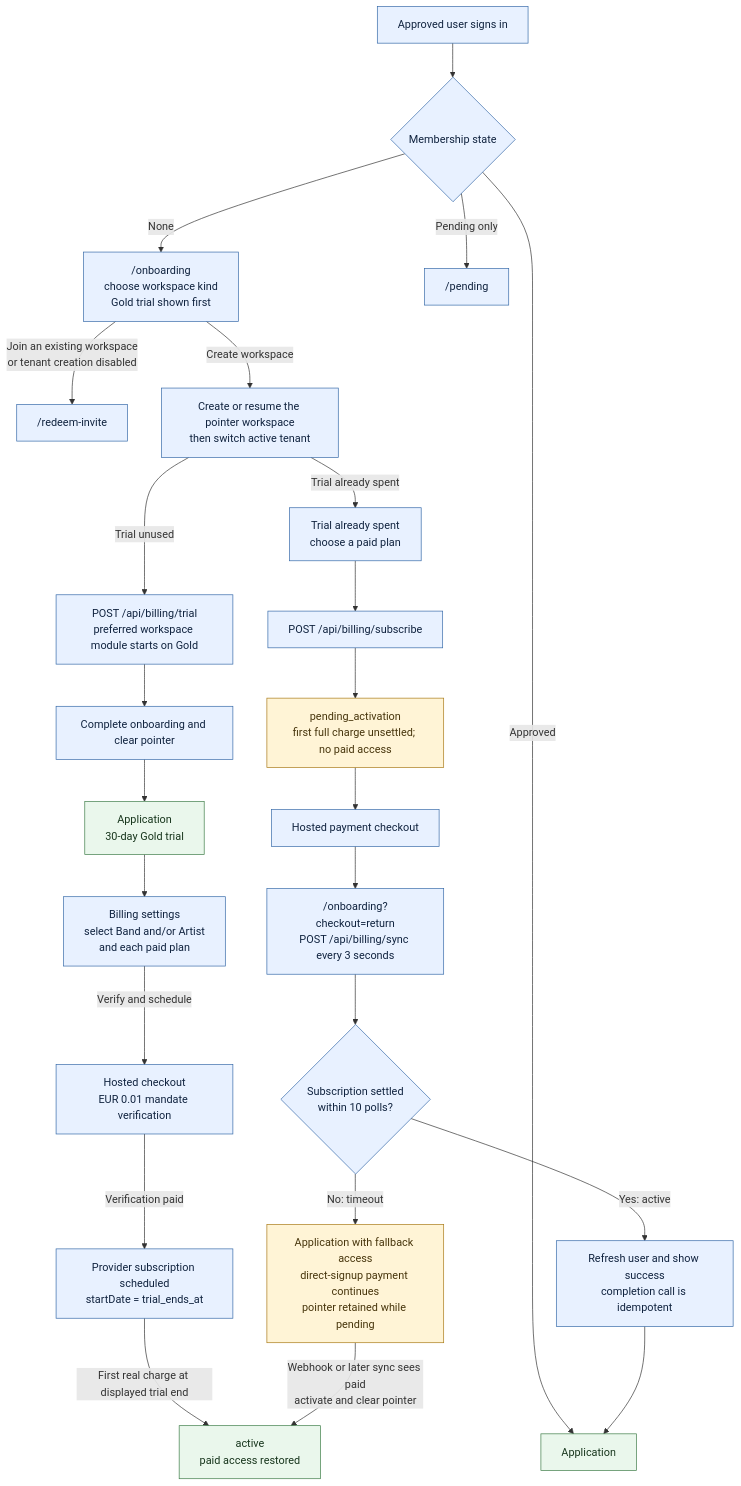
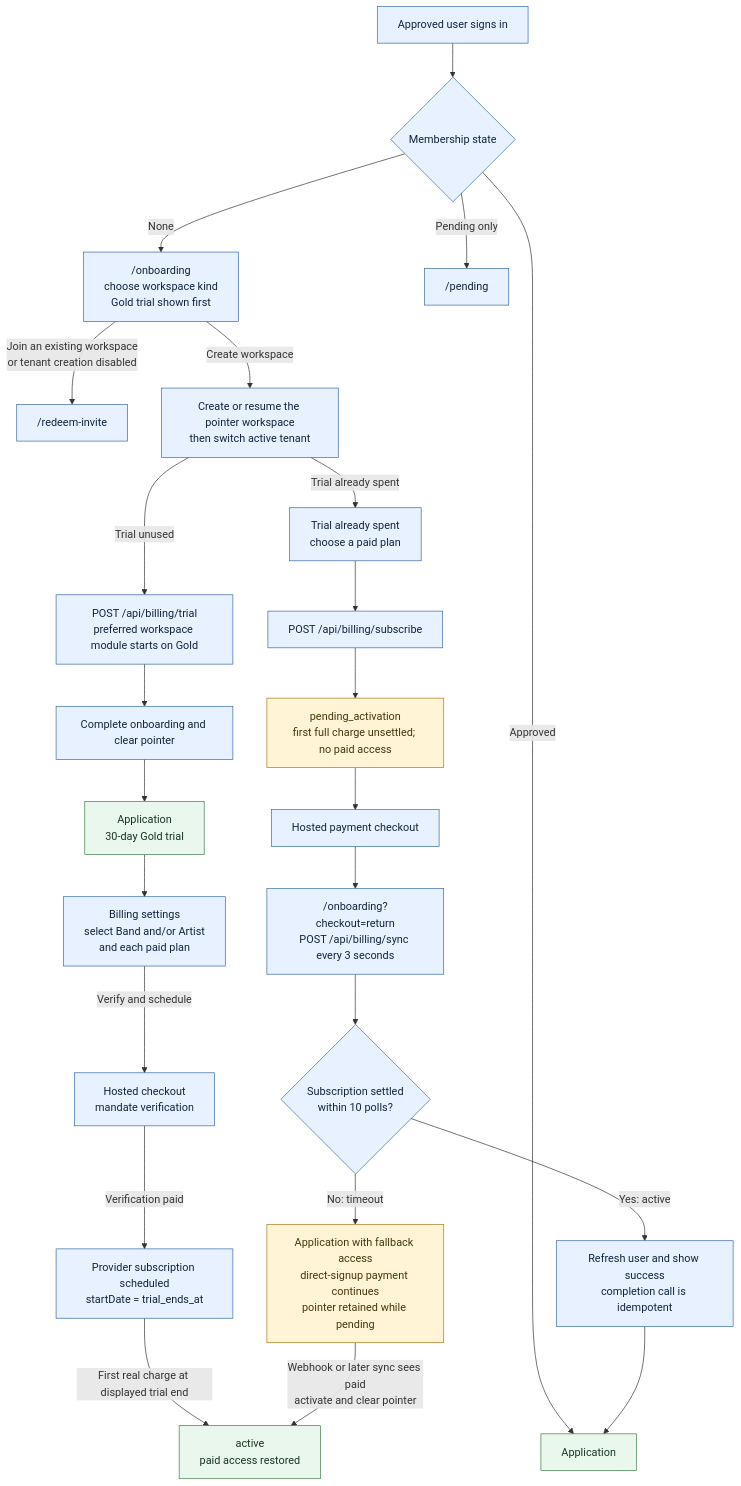
One commit to FoggyFreek/gigbuddy changed the first of 2 diagrams in docs/subscriptionmodel/lifecycle.md. Above: the diagram before and after it, drawn with Mermaid. The commit also changed other lines of this file and 13 other files, not shown here.

Commit message:
feat(subscription): implement trial mandate verification and update billing lifecycle

````diff
--- a/docs/subscriptionmodel/lifecycle.md
+++ b/docs/subscriptionmodel/lifecycle.md
@@ -8,54 +8,54 @@
 ```mermaid
 flowchart TD
   SIGN_IN["Approved user signs in"]
   MEMBERSHIP{"Membership state"}
   ONBOARDING["/onboarding<br/>choose workspace kind<br/>Gold trial shown first"]
   INVITE["/redeem-invite"]
   PENDING_USER["/pending"]
   APP["Application"]
   CREATE["Create or resume the pointer workspace<br/>then switch active tenant"]
   START_TRIAL["POST /api/billing/trial<br/>preferred workspace module starts on Gold"]
   TRIAL_APP["Application<br/>30-day Gold trial"]
   MODULES["Billing settings<br/>select Band and/or Artist<br/>and each paid plan"]
-  VERIFY["Hosted checkout<br/>EUR 0.01 mandate verification"]
+  VERIFY["Hosted checkout<br/>mandate verification"]
   SCHEDULE["Provider subscription scheduled<br/>startDate = trial_ends_at"]
   TRIAL_SPENT["Trial already spent<br/>choose a paid plan"]
   PAID_SETUP["POST /api/billing/subscribe"]
   PENDING_ACTIVATION["pending_activation<br/>first full charge unsettled; no paid access"]
   PROVIDER["Hosted payment checkout"]
   RETURN["/onboarding?checkout=return<br/>POST /api/billing/sync every 3 seconds"]
   SETTLED{"Subscription settled<br/>within 10 polls?"}
   APP_PENDING["Application with fallback access<br/>direct-signup payment continues<br/>pointer retained while pending"]
   ACTIVE["active<br/>paid access restored"]
 
   SIGN_IN --> MEMBERSHIP
   MEMBERSHIP -- "None" --> ONBOARDING
   MEMBERSHIP -- "Pending only" --> PENDING_USER
   MEMBERSHIP -- "Approved" --> APP
   ONBOARDING -- "Join an existing workspace<br/>or tenant creation disabled" --> INVITE
   ONBOARDING -- "Create workspace" --> CREATE
   CREATE -- "Trial unused" --> START_TRIAL
   START_TRIAL --> COMPLETE_TRIAL["Complete onboarding and clear pointer"]
   COMPLETE_TRIAL --> TRIAL_APP
   TRIAL_APP --> MODULES
   MODULES -- "Verify and schedule" --> VERIFY
   VERIFY -- "Verification paid" --> SCHEDULE
   SCHEDULE -- "First real charge at displayed trial end" --> ACTIVE
   CREATE -- "Trial already spent" --> TRIAL_SPENT
   TRIAL_SPENT --> PAID_SETUP
   PAID_SETUP --> PENDING_ACTIVATION
   PENDING_ACTIVATION --> PROVIDER
   PROVIDER --> RETURN
   RETURN --> SETTLED
   SETTLED -- "Yes: active" --> COMPLETE["Refresh user and show success<br/>completion call is idempotent"]
   COMPLETE --> APP
   SETTLED -- "No: timeout" --> APP_PENDING
   APP_PENDING -- "Webhook or later sync sees paid<br/>activate and clear pointer" --> ACTIVE
 
   classDef route fill:#e8f1ff,stroke:#3569a8,color:#10233f
   classDef transitional fill:#fff4d6,stroke:#a87916,color:#47350c
   classDef unlocked fill:#eaf7ec,stroke:#3d7c47,color:#17351c
   class SIGN_IN,MEMBERSHIP,ONBOARDING,INVITE,PENDING_USER,CREATE,START_TRIAL,MODULES,VERIFY,SCHEDULE,TRIAL_SPENT,PAID_SETUP,PROVIDER,RETURN,SETTLED,COMPLETE,COMPLETE_TRIAL route
   class PENDING_ACTIVATION,APP_PENDING transitional
   class APP,ACTIVE,TRIAL_APP unlocked
 ```
````
